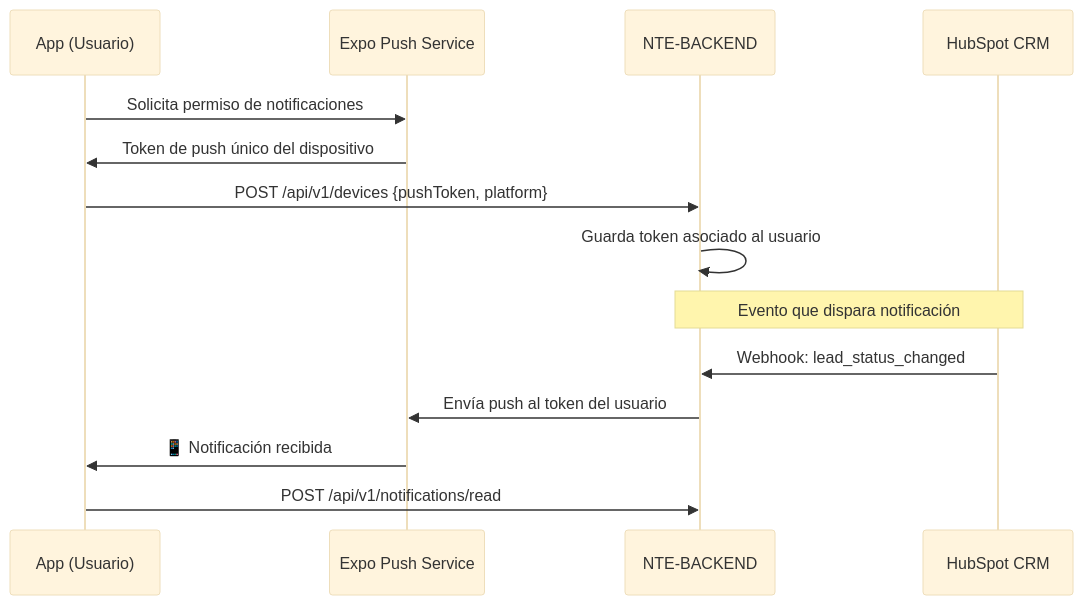
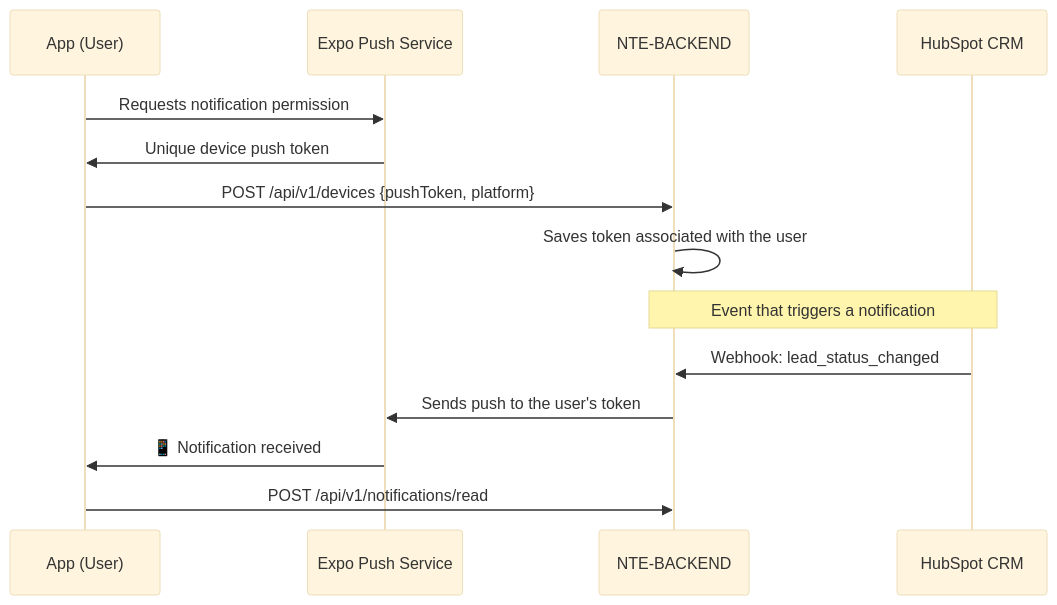
One commit to nissienterprise/nissi-openclaw-vps changed the second of 2 diagrams in documentation/03-agents/software-wing/nte-mobile.md. Above: the diagram before and after it, drawn with Mermaid (base theme). The commit also changed other lines of this file and 46 other files, not shown here.

````diff
--- a/documentation/03-agents/software-wing/nte-mobile.md
+++ b/documentation/03-agents/software-wing/nte-mobile.md
@@ -128,18 +128,18 @@
 ```mermaid
 sequenceDiagram
-    participant APP as App (Usuario)
+    participant APP as App (User)
     participant EXPO as Expo Push Service
     participant BACK as NTE-BACKEND
     participant CRM as HubSpot CRM
 
-    APP->>EXPO: Solicita permiso de notificaciones
-    EXPO->>APP: Token de push único del dispositivo
+    APP->>EXPO: Requests notification permission
+    EXPO->>APP: Unique device push token
     APP->>BACK: POST /api/v1/devices {pushToken, platform}
-    BACK->>BACK: Guarda token asociado al usuario
+    BACK->>BACK: Saves token associated with the user
     
-    Note over BACK,CRM: Evento que dispara notificación
+    Note over BACK,CRM: Event that triggers a notification
     CRM->>BACK: Webhook: lead_status_changed
-    BACK->>EXPO: Envía push al token del usuario
-    EXPO->>APP: 📱 Notificación recibida
+    BACK->>EXPO: Sends push to the user's token
+    EXPO->>APP: 📱 Notification received
     APP->>BACK: POST /api/v1/notifications/read
 ```
````
